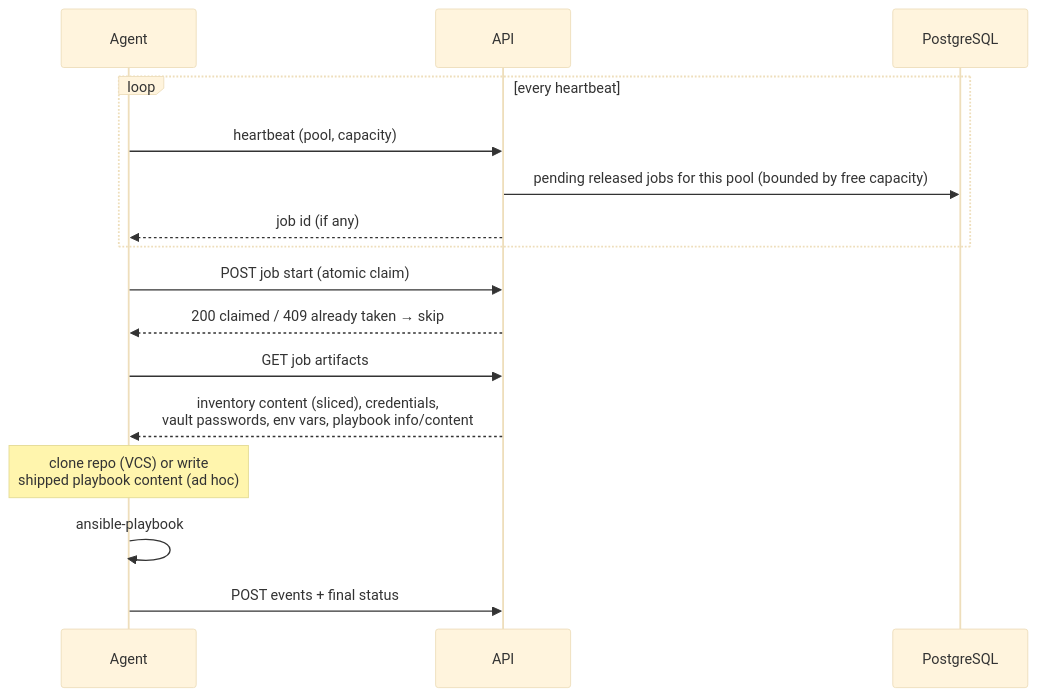
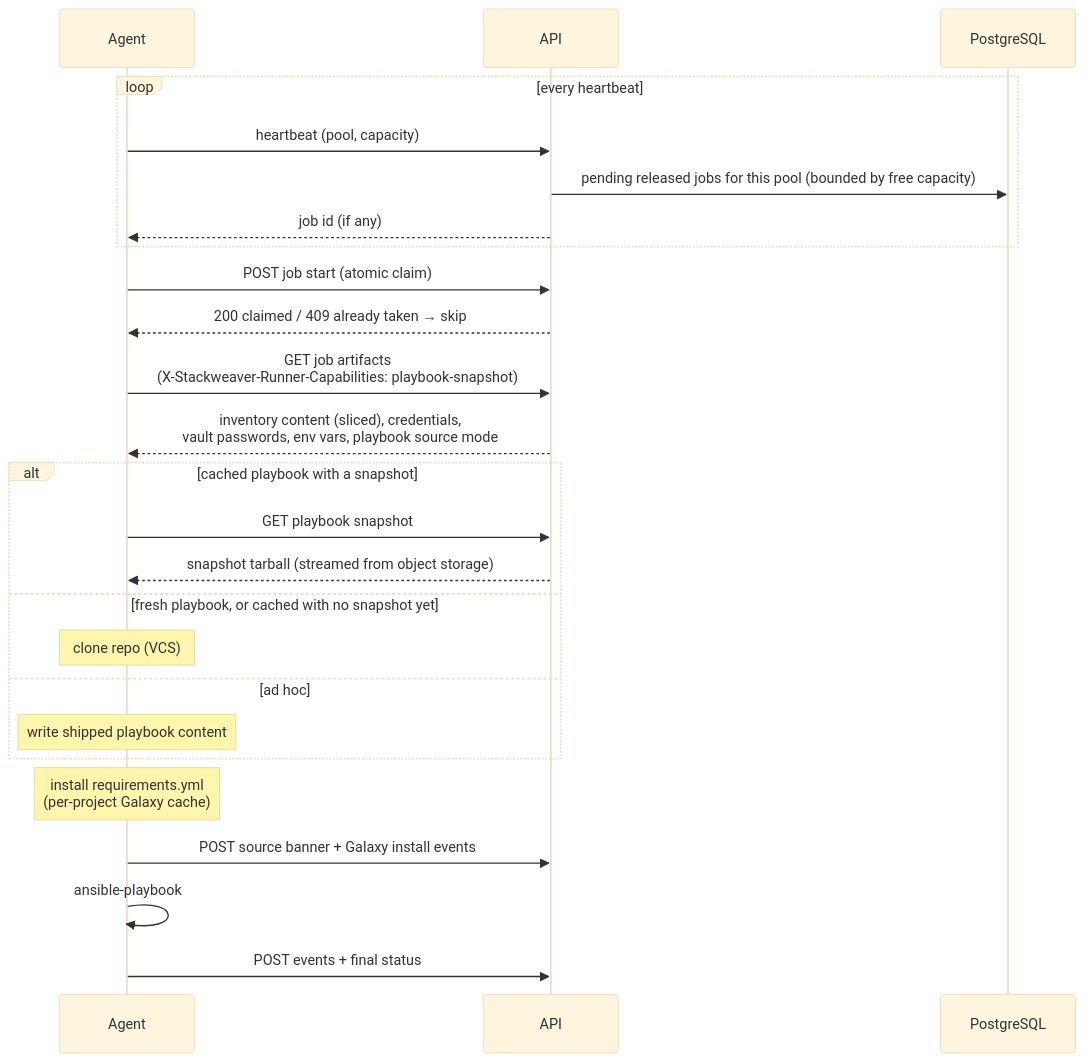
Before and after one commit to vhco-pro/stackweaver-frontend: the fourth of 8 diagrams in docs/features/ansible/execution-flows.md, drawn with Mermaid (base theme). The commit also changed other lines of this file and 6 other files, not shown here.

Commit message:
feat(ansible): cached playbooks and Galaxy requirements on self-hosted agent pools (#854) (#218)

````diff
--- a/docs/features/ansible/execution-flows.md
+++ b/docs/features/ansible/execution-flows.md
@@ -114,18 +114,27 @@
 ```mermaid
 sequenceDiagram
     participant Agent
     participant API
     participant DB as PostgreSQL
     loop every heartbeat
         Agent->>API: heartbeat (pool, capacity)
         API->>DB: pending released jobs for this pool (bounded by free capacity)
         API-->>Agent: job id (if any)
     end
     Agent->>API: POST job start (atomic claim)
     API-->>Agent: 200 claimed / 409 already taken → skip
-    Agent->>API: GET job artifacts
-    API-->>Agent: inventory content (sliced), credentials,<br/>vault passwords, env vars, playbook info/content
-    Note over Agent: clone repo (VCS) or write<br/>shipped playbook content (ad hoc)
+    Agent->>API: GET job artifacts<br/>(X-Stackweaver-Runner-Capabilities: playbook-snapshot)
+    API-->>Agent: inventory content (sliced), credentials,<br/>vault passwords, env vars, playbook source mode
+    alt cached playbook with a snapshot
+        Agent->>API: GET playbook snapshot
+        API-->>Agent: snapshot tarball (streamed from object storage)
+    else fresh playbook, or cached with no snapshot yet
+        Note over Agent: clone repo (VCS)
+    else ad hoc
+        Note over Agent: write shipped playbook content
+    end
+    Note over Agent: install requirements.yml<br/>(per-project Galaxy cache)
+    Agent->>API: POST source banner + Galaxy install events
     Agent->>Agent: ansible-playbook
     Agent->>API: POST events + final status
 ```
````
